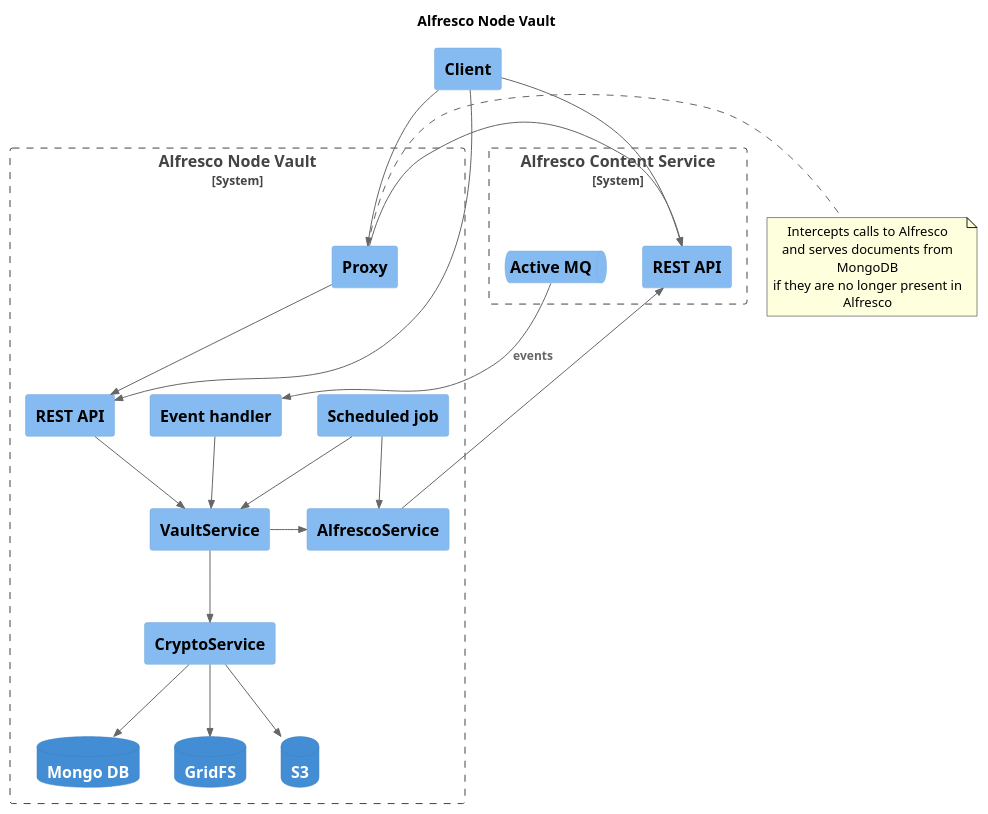
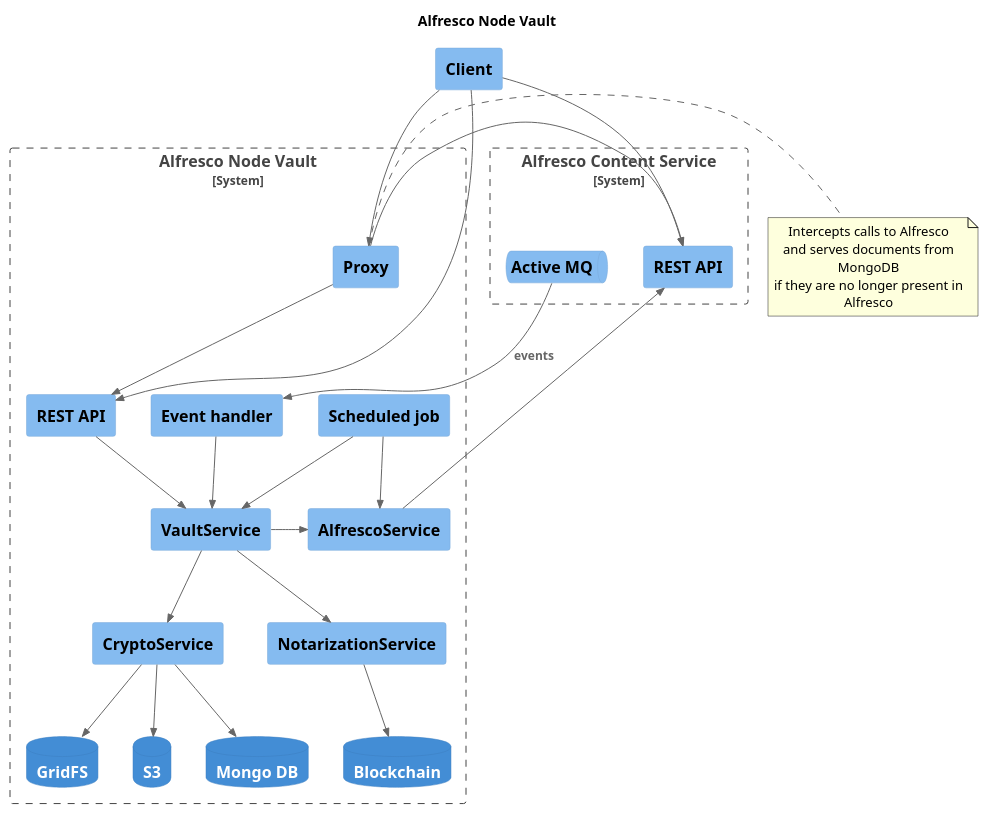
The diagram in architecture.puml (saidone75/alfresco-node-vault), drawn with PlantUML before and after one commit. The commit also changed 1 other file, not shown here.

Commit message:
Add NotarizationService component and Blockchain container to architecture diagram; link VaultService to NotarizationService and NotarizationService to Blockchain database

```diff
--- a/architecture.puml
+++ b/architecture.puml
@@ -1,53 +1,57 @@
 @startuml
 !include <C4/C4_Container>
 !include <C4/C4_Component>
 
 hide stereotype
 
 title Alfresco Node Vault
 
 System_Boundary(anv, "Alfresco Node Vault") {
   Component(anvProxy, "Proxy")
   Component(anvApi, "REST API")
   Component(anvHandler, "Event handler")
   Component(anvJob, "Scheduled job")
   Component(anvVault, "VaultService")
   Component(anvCrypto, "CryptoService")
   Component(anvAlfresco, "AlfrescoService")
+  Component(anvNotarization, "NotarizationService")
+  ContainerDb(anvBlockchain, "Blockchain")
   ContainerDb(anvMongo, "Mongo DB")
   ContainerDb(anvGrid, "GridFS")
   ContainerDb(anvS3, "S3")
 }
 
 note right of [anvProxy]
 Intercepts calls to Alfresco
 and serves documents from MongoDB
 if they are no longer present in Alfresco
 end note
 
 System_Boundary(acs, "Alfresco Content Service") {
   ComponentQueue(acsQueue, "Active MQ")
   Component(acsApi, "REST API")
 }
 
 Rel_D(acsQueue, anvHandler, "events")
 Rel_D(anvProxy, anvApi, "")
 Rel_R(anvProxy, acsApi, "")
 Rel_D(anvApi, anvVault, "")
 Rel_D(anvHandler, anvVault, "")
 Rel_D(anvJob, anvVault, "")
 Rel_D(anvJob, anvAlfresco, "")
 Rel_D(anvVault, anvCrypto, "")
+Rel_D(anvVault, anvNotarization, "")
+Rel_D(anvNotarization, anvBlockchain, "")
 Rel_D(anvCrypto, anvMongo, "")
 Rel_D(anvCrypto, anvGrid, "")
 Rel_D(anvCrypto, anvS3, "")
 Rel_R(anvVault, anvAlfresco, "")
 Rel_R(anvAlfresco, acsApi, "")
 
 Component(client, "Client")
 
 Rel_D(client, anvProxy, "")
 Rel_D(client, anvApi, "")
 Rel_D(client, acsApi, "")
 
 @enduml
```
